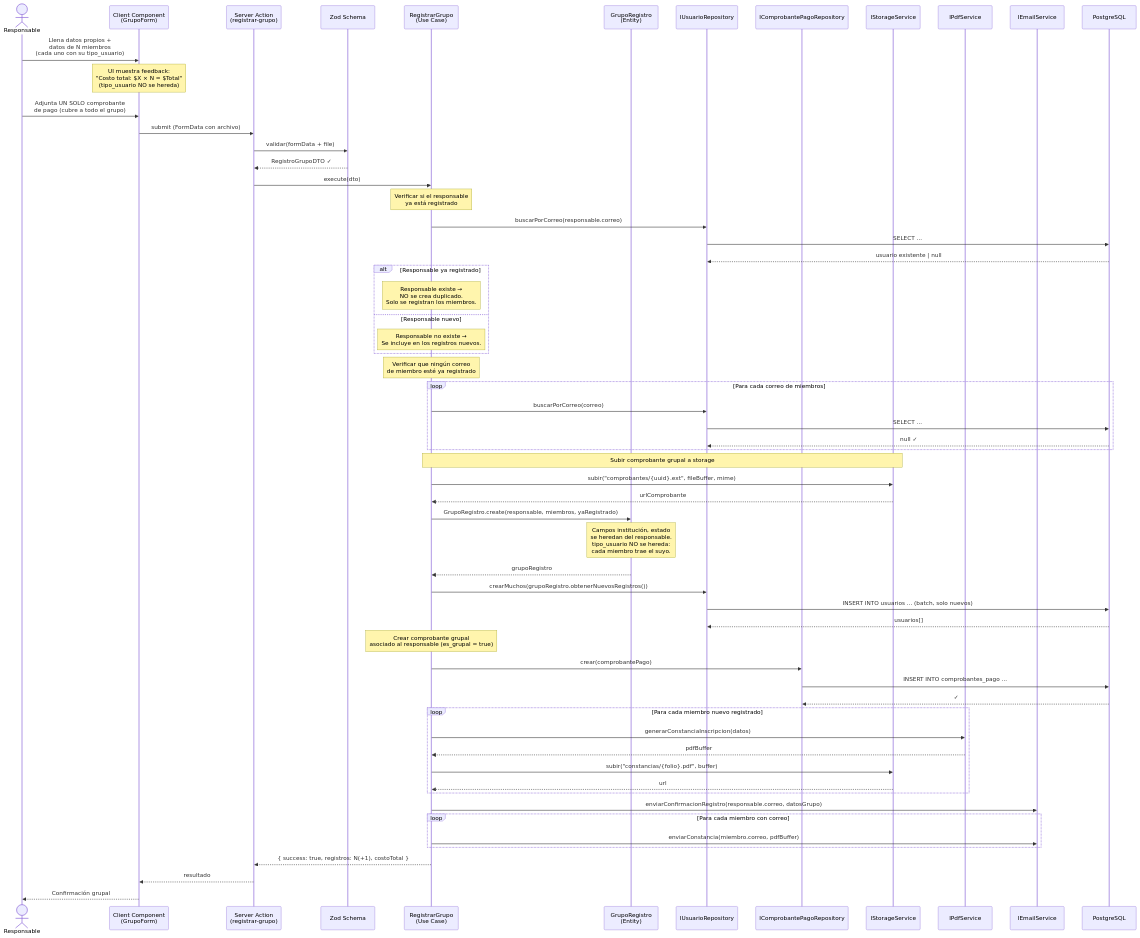
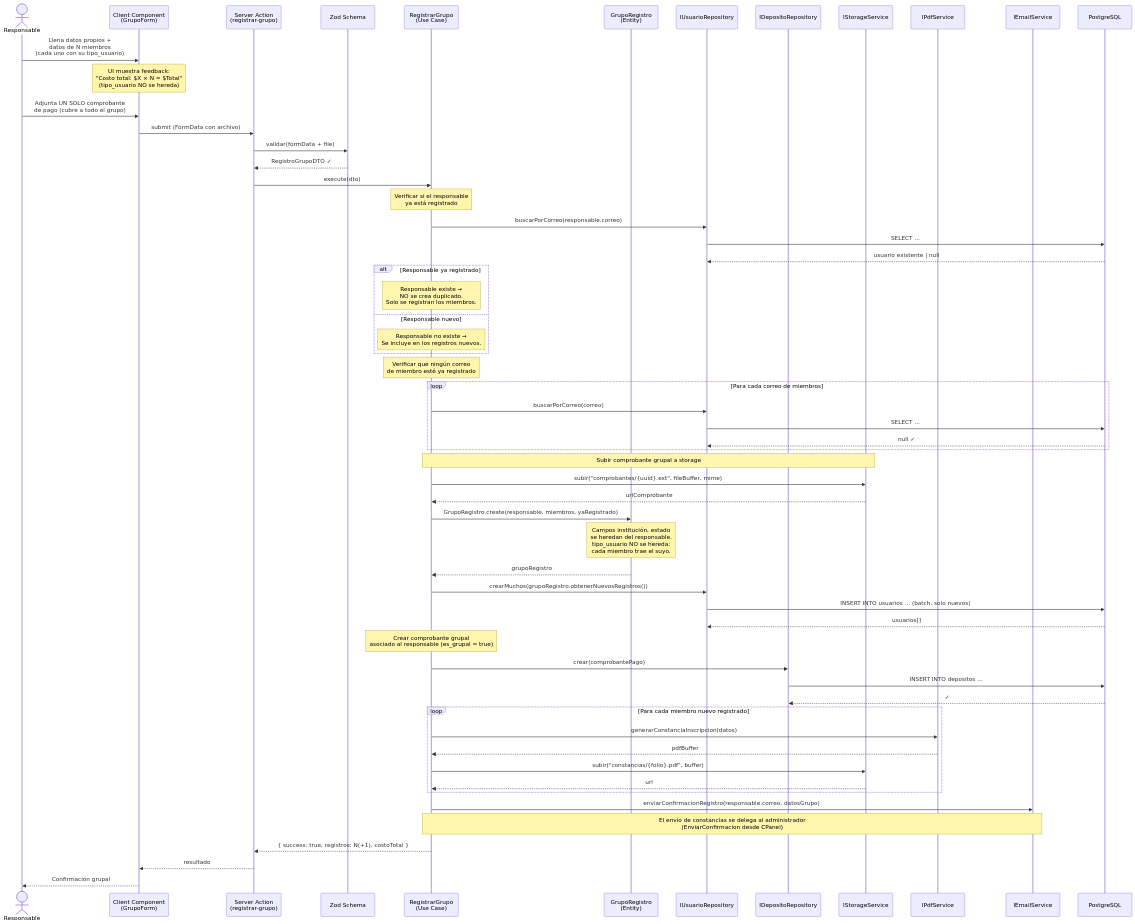
One commit to iKinoo/aniei-registro-2026 changed the sixth of 14 diagrams in docs/DESIGN.md. Above: the diagram before and after it, drawn with Mermaid. The commit also changed other lines of this file, not shown here.

````diff
--- a/docs/DESIGN.md
+++ b/docs/DESIGN.md
@@ -754,77 +753,75 @@
 ```mermaid
 sequenceDiagram
     actor R as Responsable
     participant CC as Client Component<br/>(GrupoForm)
     participant SA as Server Action<br/>(registrar-grupo)
     participant Val as Zod Schema
     participant UC as RegistrarGrupo<br/>(Use Case)
     participant Dom as GrupoRegistro<br/>(Entity)
     participant Repo as IUsuarioRepository
-    participant CompRepo as IComprobantePagoRepository
+    participant CompRepo as IDepositoRepository
     participant Store as IStorageService
     participant PDF as IPdfService
     participant Mail as IEmailService
     participant DB as PostgreSQL
 
     R->>CC: Llena datos propios +<br/>datos de N miembros<br/>(cada uno con su tipo_usuario)
     Note over CC: UI muestra feedback:<br/>"Costo total: $X × N = $Total"<br/>(tipo_usuario NO se hereda)
     R->>CC: Adjunta UN SOLO comprobante<br/>de pago (cubre a todo el grupo)
     CC->>SA: submit (FormData con archivo)
     SA->>Val: validar(formData + file)
     Val-->>SA: RegistroGrupoDTO ✓
 
     SA->>UC: execute(dto)
 
     Note over UC: Verificar si el responsable<br/>ya está registrado
     UC->>Repo: buscarPorCorreo(responsable.correo)
     Repo->>DB: SELECT ...
     DB-->>Repo: usuario existente | null
 
     alt Responsable ya registrado
         Note over UC: Responsable existe →<br/>NO se crea duplicado.<br/>Solo se registran los miembros.
     else Responsable nuevo
         Note over UC: Responsable no existe →<br/>Se incluye en los registros nuevos.
     end
 
     Note over UC: Verificar que ningún correo<br/>de miembro esté ya registrado
     loop Para cada correo de miembros
         UC->>Repo: buscarPorCorreo(correo)
         Repo->>DB: SELECT ...
         DB-->>Repo: null ✓
     end
 
     Note over UC,Store: Subir comprobante grupal a storage
     UC->>Store: subir("comprobantes/{uuid}.ext", fileBuffer, mime)
     Store-->>UC: urlComprobante
 
     UC->>Dom: GrupoRegistro.create(responsable, miembros, yaRegistrado)
     Note over Dom: Campos institución, estado<br/>se heredan del responsable.<br/>tipo_usuario NO se hereda:<br/>cada miembro trae el suyo.
 
     Dom-->>UC: grupoRegistro
 
     UC->>Repo: crearMuchos(grupoRegistro.obtenerNuevosRegistros())
     Repo->>DB: INSERT INTO usuarios ... (batch, solo nuevos)
     DB-->>Repo: usuarios[]
 
     Note over UC: Crear comprobante grupal<br/>asociado al responsable (es_grupal = true)
     UC->>CompRepo: crear(comprobantePago)
-    CompRepo->>DB: INSERT INTO comprobantes_pago ...
+    CompRepo->>DB: INSERT INTO depositos ...
     DB-->>CompRepo: ✓
 
     loop Para cada miembro nuevo registrado
         UC->>PDF: generarConstanciaInscripcion(datos)
         PDF-->>UC: pdfBuffer
         UC->>Store: subir("constancias/{folio}.pdf", buffer)
         Store-->>UC: url
     end
 
     UC->>Mail: enviarConfirmacionRegistro(responsable.correo, datosGrupo)
     
-    loop Para cada miembro con correo
-        UC->>Mail: enviarConstancia(miembro.correo, pdfBuffer)
-    end
+    Note over UC,Mail: El envío de constancias se delega al administrador<br/>(EnviarConfirmacion desde CPanel)
 
     UC-->>SA: { success: true, registros: N(+1), costoTotal }
     SA-->>CC: resultado
     CC-->>R: Confirmación grupal
 ```
````
